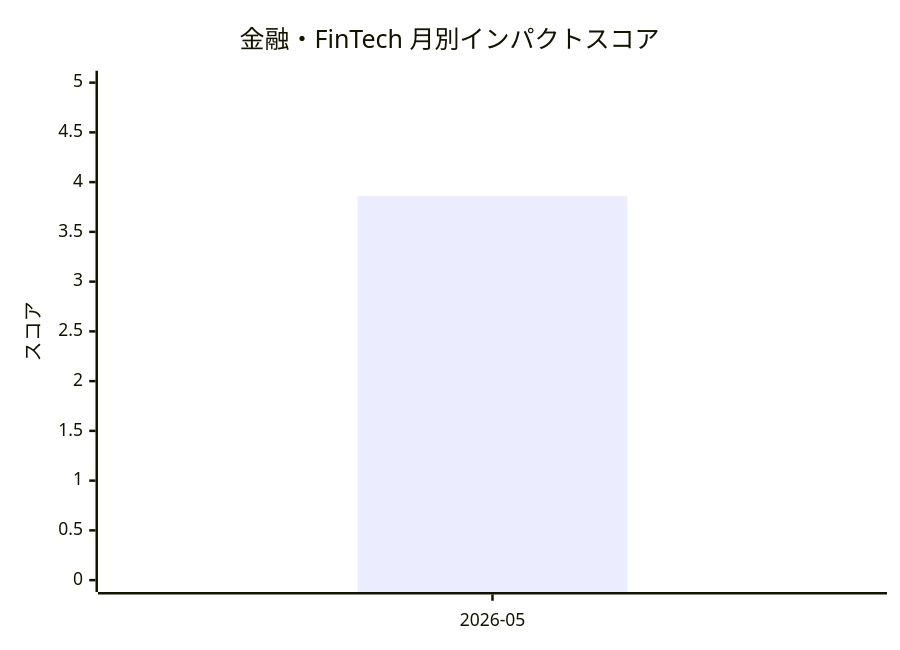
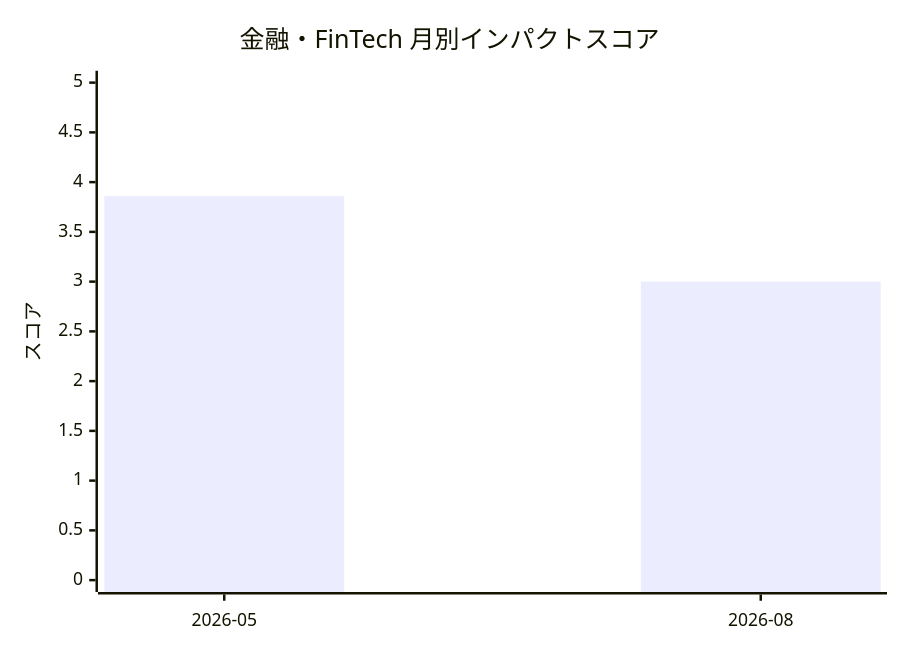
The diagram in knowledge/industry-impact/finance.md (devaise-support/ai-research), drawn with Mermaid before and after one commit. The commit also changed other lines of this file and 14 other files, not shown here.

````diff
--- a/knowledge/industry-impact/finance.md
+++ b/knowledge/industry-impact/finance.md
@@ -7,7 +7,7 @@
 ```mermaid
 xychart-beta
   title "金融・FinTech 月別インパクトスコア"
-  x-axis [2026-05]
+  x-axis [2026-05, 2026-08]
   y-axis "スコア" 0 --> 5
-  bar [3.86]
+  bar [3.86, 3.0]
 ```
````
